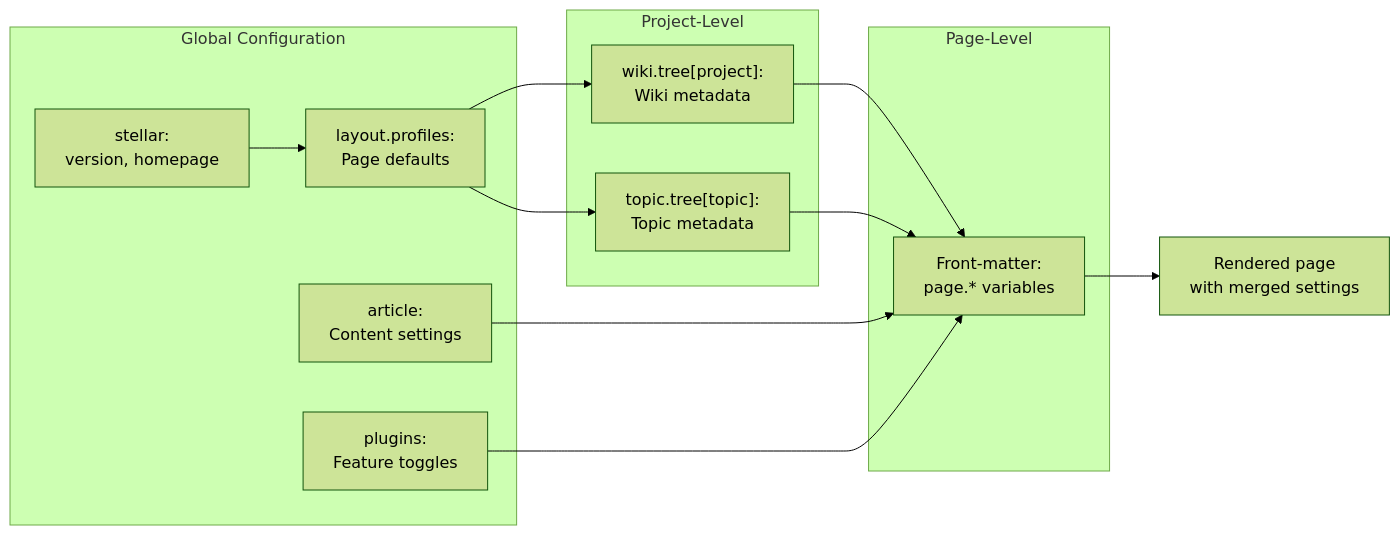
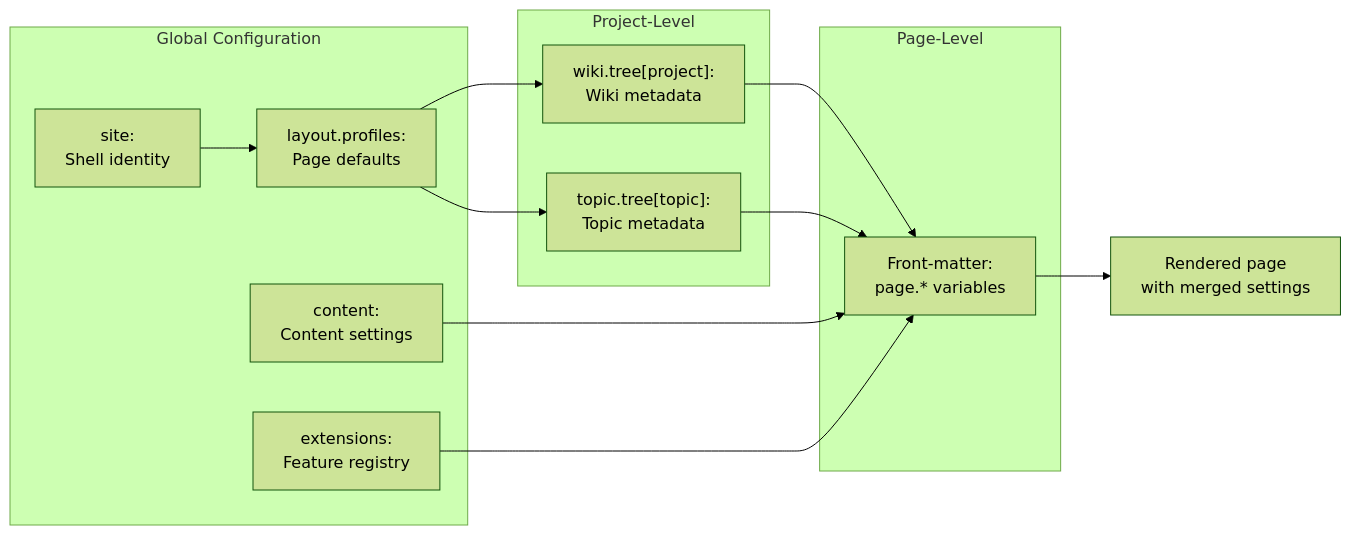
The second of 5 diagrams in docs/knowledge/00-总览与安装配置/overview.md (xaoxuu/hexo-theme-stellar), drawn with Mermaid (forest theme) before and after one commit. The commit also changed other lines of this file and 101 other files, not shown here.

````diff
--- a/docs/knowledge/00-总览与安装配置/overview.md
+++ b/docs/knowledge/00-总览与安装配置/overview.md
@@ -92,28 +92,28 @@
 ```mermaid
 graph LR
     subgraph Global["Global Configuration"]
-        STELLAR["stellar:<br/>version, homepage"]
+        SITE["site:<br/>Shell identity"]
         PROFILES["layout.profiles:<br/>Page defaults"]
-        ARTICLE["article:<br/>Content settings"]
-        PLUGINS["plugins:<br/>Feature toggles"]
+        CONTENT["content:<br/>Content settings"]
+        EXTENSIONS["extensions:<br/>Feature registry"]
     end
     
     subgraph Project["Project-Level"]
         WIKITREE["wiki.tree[project]:<br/>Wiki metadata"]
         TOPICTREE["topic.tree[topic]:<br/>Topic metadata"]
     end
     
     subgraph Page["Page-Level"]
         FRONTMATTER["Front-matter:<br/>page.* variables"]
     end
     
-    STELLAR --> PROFILES
+    SITE --> PROFILES
     PROFILES --> WIKITREE
     PROFILES --> TOPICTREE
     WIKITREE --> FRONTMATTER
     TOPICTREE --> FRONTMATTER
-    ARTICLE --> FRONTMATTER
-    PLUGINS --> FRONTMATTER
+    CONTENT --> FRONTMATTER
+    EXTENSIONS --> FRONTMATTER
     
     FRONTMATTER --> OUTPUT["Rendered page<br/>with merged settings"]
 ```
````
